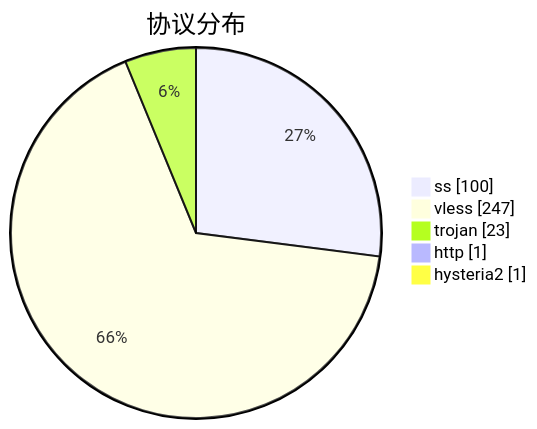
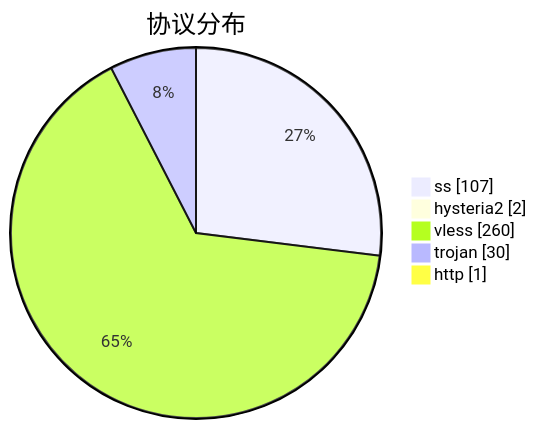
Before and after one commit to qjlxg/airport: the third of 3 diagrams in subs/statistics/tested_within.md, drawn with Mermaid. The commit also changed other lines of this file and 2 other files, not shown here.

````diff
--- a/subs/statistics/tested_within.md
+++ b/subs/statistics/tested_within.md
@@ -20,9 +18,9 @@
 ```mermaid
 pie showData
 title 协议分布
-"ss" : 100
-"vless" : 247
-"trojan" : 23
+"ss" : 107
+"hysteria2" : 2
+"vless" : 260
+"trojan" : 30
 "http" : 1
-"hysteria2" : 1
 ```
````
